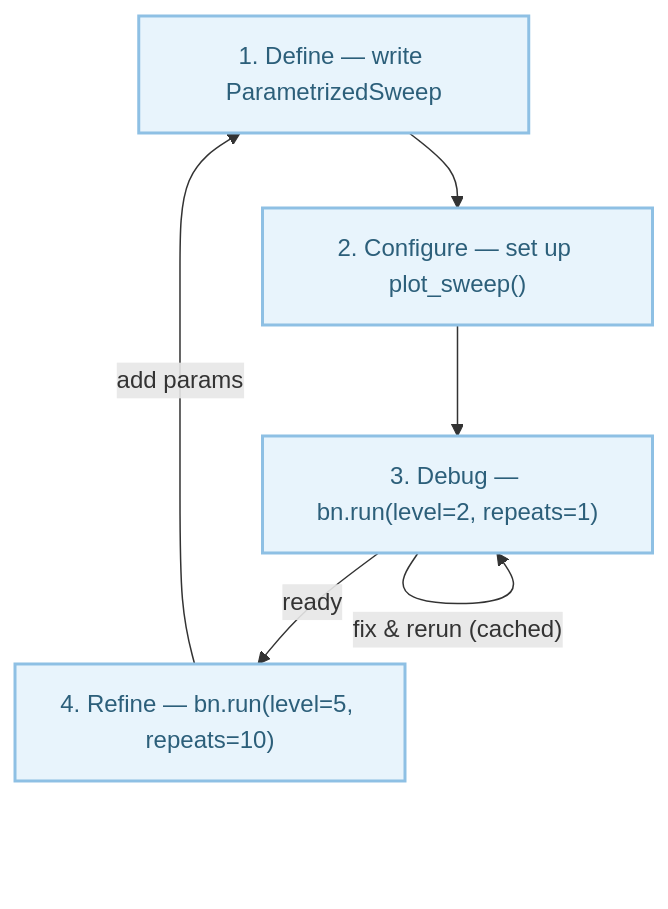
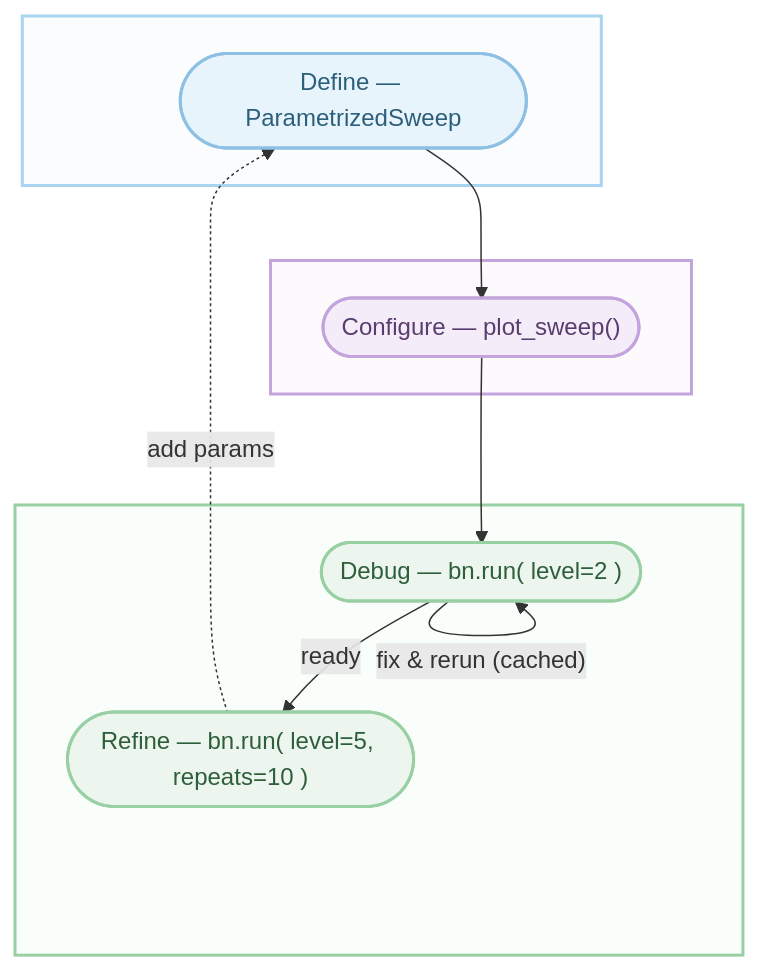
The second of 2 diagrams in docs/concepts.md (blooop/bencher), drawn with Mermaid before and after one commit.

Commit message:
docs: improve workflow flowchart — color-coded to match 3 stages

````diff
--- a/docs/concepts.md
+++ b/docs/concepts.md
@@ -146,15 +146,26 @@
 ```{mermaid}
 flowchart TB
-    Define["1. Define — write ParametrizedSweep"]
-    Configure["2. Configure — set up plot_sweep()"]
-    Debug["3. Debug — bn.run(level=2, repeats=1)"]
-    Refine["4. Refine — bn.run(level=5, repeats=10)"]
+    subgraph stage1 [" "]
+        Define(["Define — ParametrizedSweep"])
+    end
+    subgraph stage2 [" "]
+        Configure(["Configure — plot_sweep()"])
+    end
+    subgraph stage3 [" "]
+        Debug(["Debug — bn.run( level=2 )"])
+        Refine(["Refine — bn.run( level=5, repeats=10 )"])
+    end
 
     Define --> Configure --> Debug
     Debug -- "fix & rerun (cached)" --> Debug
     Debug -- "ready" --> Refine
-    Refine -- "add params" --> Define
+    Refine -. "add params" .-> Define
 
-    classDef step fill:#e8f4fc,stroke:#8ec0e4,color:#2c5f7a,stroke-width:2px
-    class Define,Configure,Debug,Refine step
+    style stage1 fill:#fafcfe,stroke:#a8d4f0,stroke-width:2px
+    style stage2 fill:#fdfafe,stroke:#c4a4dc,stroke-width:2px
+    style stage3 fill:#fafefa,stroke:#98d0a4,stroke-width:2px
+    style Define fill:#e8f4fc,stroke:#8ec0e4,color:#2c5f7a,stroke-width:2px
+    style Configure fill:#f4ecf8,stroke:#c4a4dc,color:#5a3d6e,stroke-width:2px
+    style Debug fill:#ecf6ee,stroke:#98d0a4,color:#2e5e3a,stroke-width:2px
+    style Refine fill:#ecf6ee,stroke:#98d0a4,color:#2e5e3a,stroke-width:2px
 ```
````
